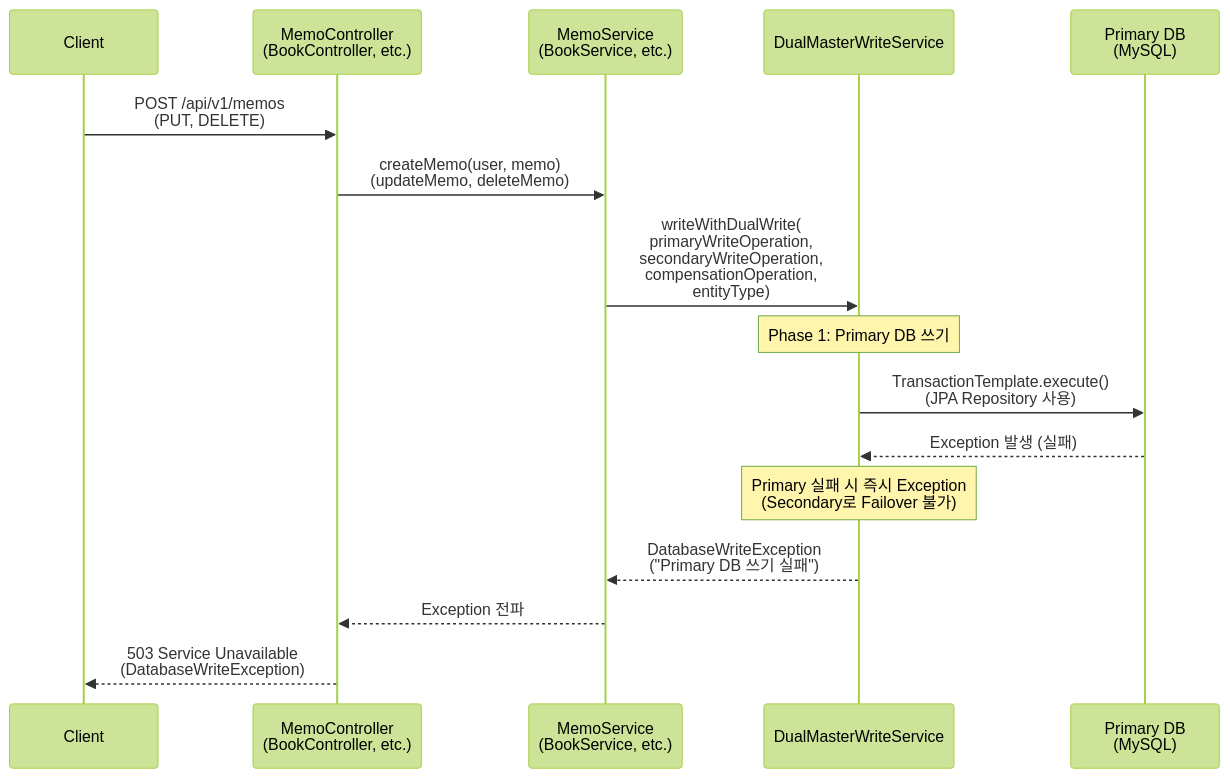
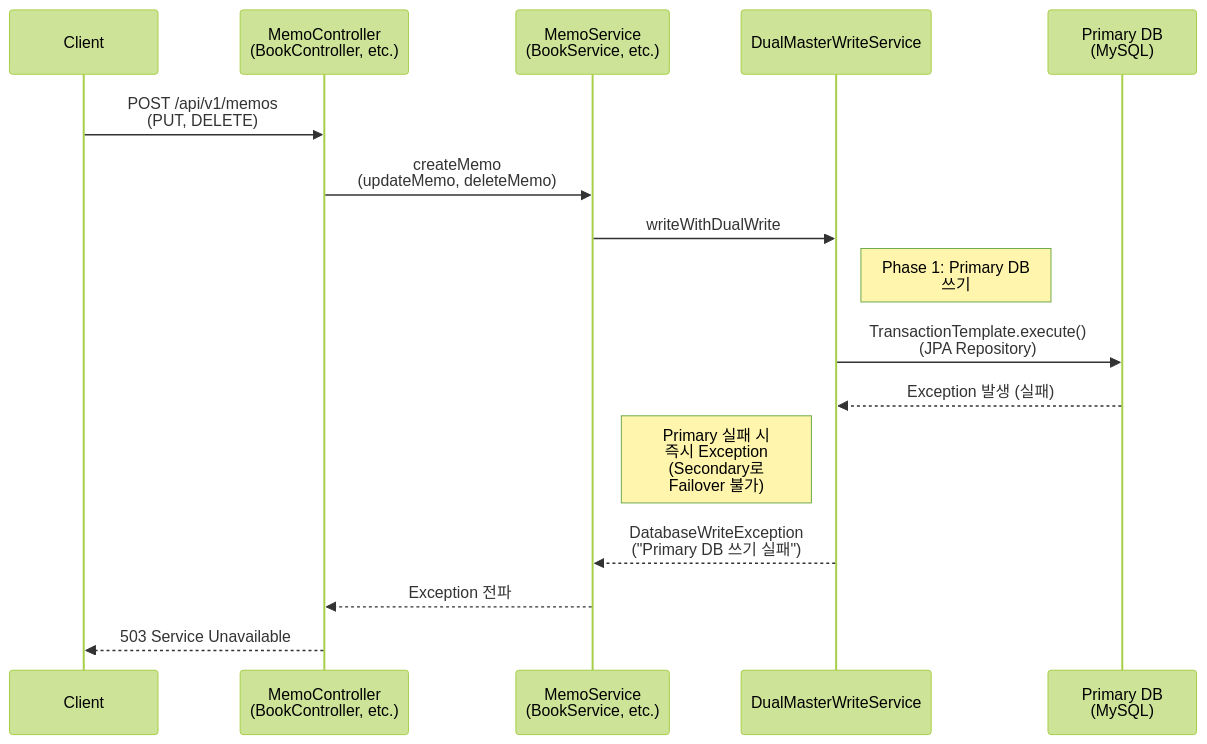
One commit to Park-Yena00/Reading_tracker changed the fifth of 7 diagrams in docs/architecture/SCENARIO2_RUNTIME_VIEW.md. Above: the diagram before and after it, drawn with Mermaid (forest theme). The commit also changed other lines of this file and 2 other files, not shown here.

First line of the commit message:
docs: 다이어그램 선과 주석 겹침 문제 수정

````diff
--- a/docs/architecture/SCENARIO2_RUNTIME_VIEW.md
+++ b/docs/architecture/SCENARIO2_RUNTIME_VIEW.md
@@ -137,22 +133,21 @@
 ```mermaid
 sequenceDiagram
     participant Client
     participant Controller as MemoController<br/>(BookController, etc.)
     participant Service as MemoService<br/>(BookService, etc.)
     participant WriteService as DualMasterWriteService
     participant PrimaryDB as Primary DB<br/>(MySQL)
 
     Client->>Controller: POST /api/v1/memos<br/>(PUT, DELETE)
-    Controller->>Service: createMemo(user, memo)<br/>(updateMemo, deleteMemo)
+    Controller->>Service: createMemo<br/>(updateMemo, deleteMemo)
+    Service->>WriteService: writeWithDualWrite
     
-    Service->>WriteService: writeWithDualWrite(<br/>primaryWriteOperation,<br/>secondaryWriteOperation,<br/>compensationOperation,<br/>entityType)
-    
-    Note over WriteService: Phase 1: Primary DB 쓰기
-    WriteService->>PrimaryDB: TransactionTemplate.execute()<br/>(JPA Repository 사용)
+    Note right of WriteService: Phase 1: Primary DB<br/>쓰기
+    WriteService->>PrimaryDB: TransactionTemplate.execute()<br/>(JPA Repository)
     PrimaryDB-->>WriteService: Exception 발생 (실패)
     
-    Note over WriteService: Primary 실패 시 즉시 Exception<br/>(Secondary로 Failover 불가)
+    Note left of WriteService: Primary 실패 시<br/>즉시 Exception<br/>(Secondary로<br/>Failover 불가)
     WriteService-->>Service: DatabaseWriteException<br/>("Primary DB 쓰기 실패")
     Service-->>Controller: Exception 전파
-    Controller-->>Client: 503 Service Unavailable<br/>(DatabaseWriteException)
+    Controller-->>Client: 503 Service Unavailable
 ```
````
